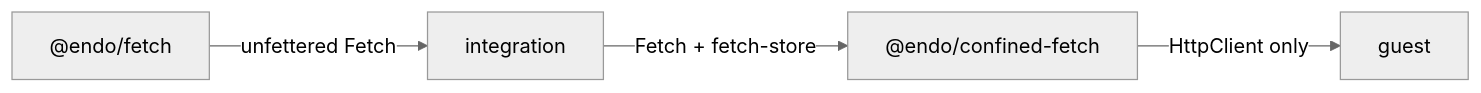
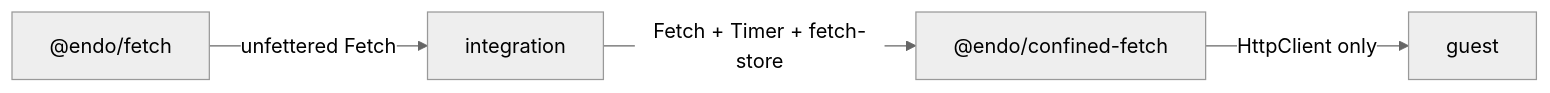
The diagram in packages/fetch/README.md (endojs/endo-but-for-bots), drawn with Mermaid (neutral theme) before and after one commit. The commit also changed other lines of this file and 27 other files, not shown here.

Commit message:
feat(fetch): endow confined HTTP with time

````diff
--- a/packages/fetch/README.md
+++ b/packages/fetch/README.md
@@ -14,6 +14,6 @@
 ```mermaid
 flowchart LR
     U["@endo/fetch"] -->|unfettered Fetch| I[integration]
-    I -->|Fetch + fetch-store| C["@endo/confined-fetch"]
+    I -->|Fetch + Timer + fetch-store| C["@endo/confined-fetch"]
     C -->|HttpClient only| G[guest]
 ```
````
